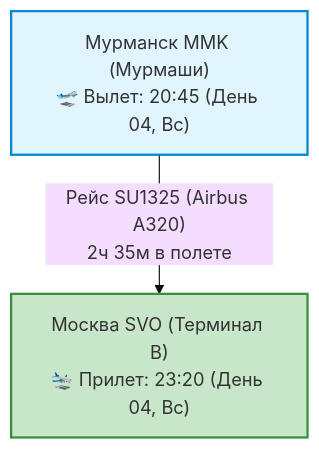
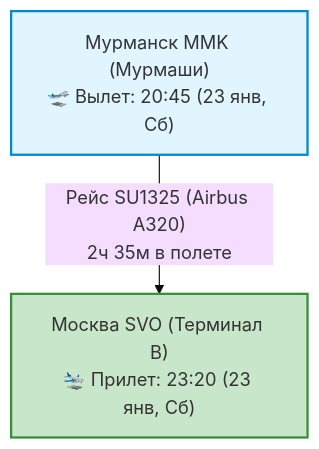
One commit to injurka/obsidian-mark changed the second of 2 diagrams in Personal Note/Travel/-- Murmansk/03 - Бронирования/Авиаперелеты.md. Above: the diagram before and after it, drawn with Mermaid (base theme). The commit also changed other lines of this file and 80 other files, not shown here.

````diff
--- a/Personal Note/Travel/-- Murmansk/03 - Бронирования/Авиаперелеты.md
+++ b/Personal Note/Travel/-- Murmansk/03 - Бронирования/Авиаперелеты.md
@@ -41,9 +41,9 @@
 ```mermaid
 graph TD
-    MMK["Мурманск MMK (Мурмаши)<br>🛫 Вылет: 20:45 (День 04, Вс)"] -->|"Рейс SU1325 (Airbus A320)<br>2ч 35м в полете"| SVO["Москва SVO (Терминал B)<br>🛬 Прилет: 23:20 (День 04, Вс)"]
+    MMK["Мурманск MMK (Мурмаши)<br>🛫 Вылет: 20:45 (23 янв, Сб)"] -->|"Рейс SU1325 (Airbus A320)<br>2ч 35м в полете"| SVO["Москва SVO (Терминал B)<br>🛬 Прилет: 23:20 (23 янв, Сб)"]
 
     classDef flight fill:#e1f5fe,stroke:#0288d1,stroke-width:2px;
     classDef svo fill:#c8e6c9,stroke:#388e3c,stroke-width:2px;
     class MMK flight;
     class SVO svo;
 ```
````
